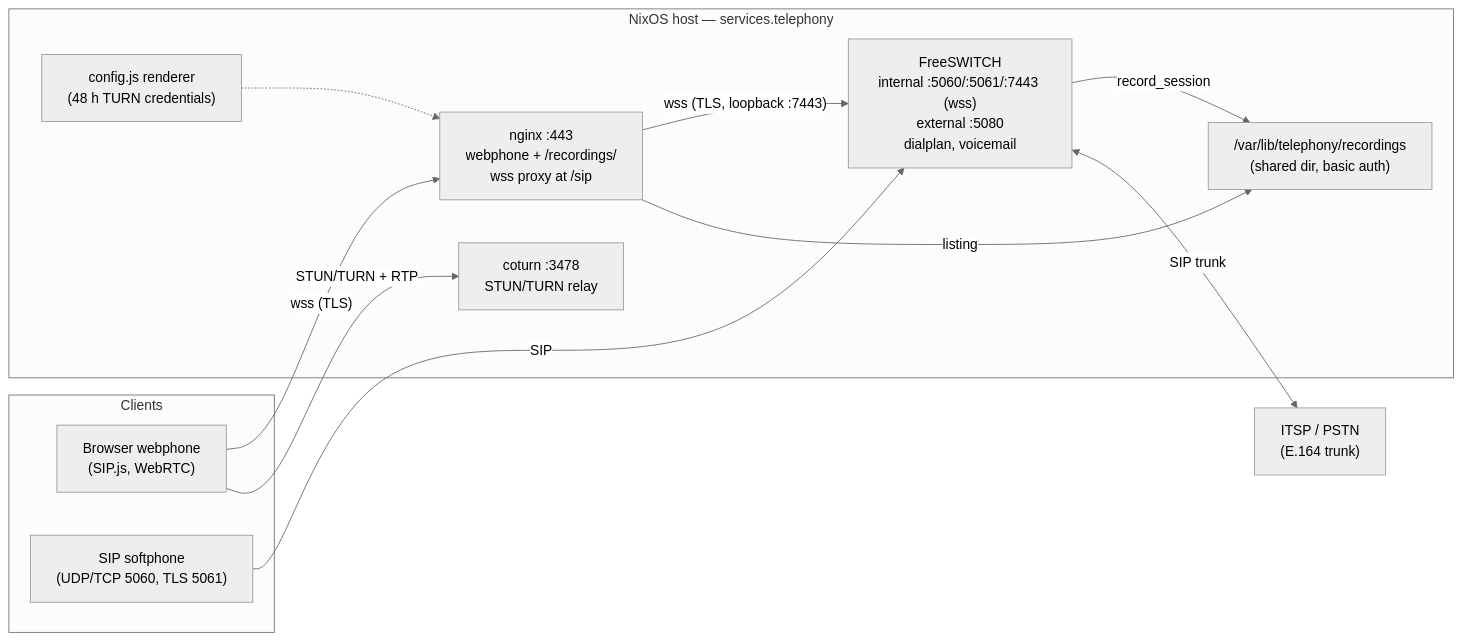
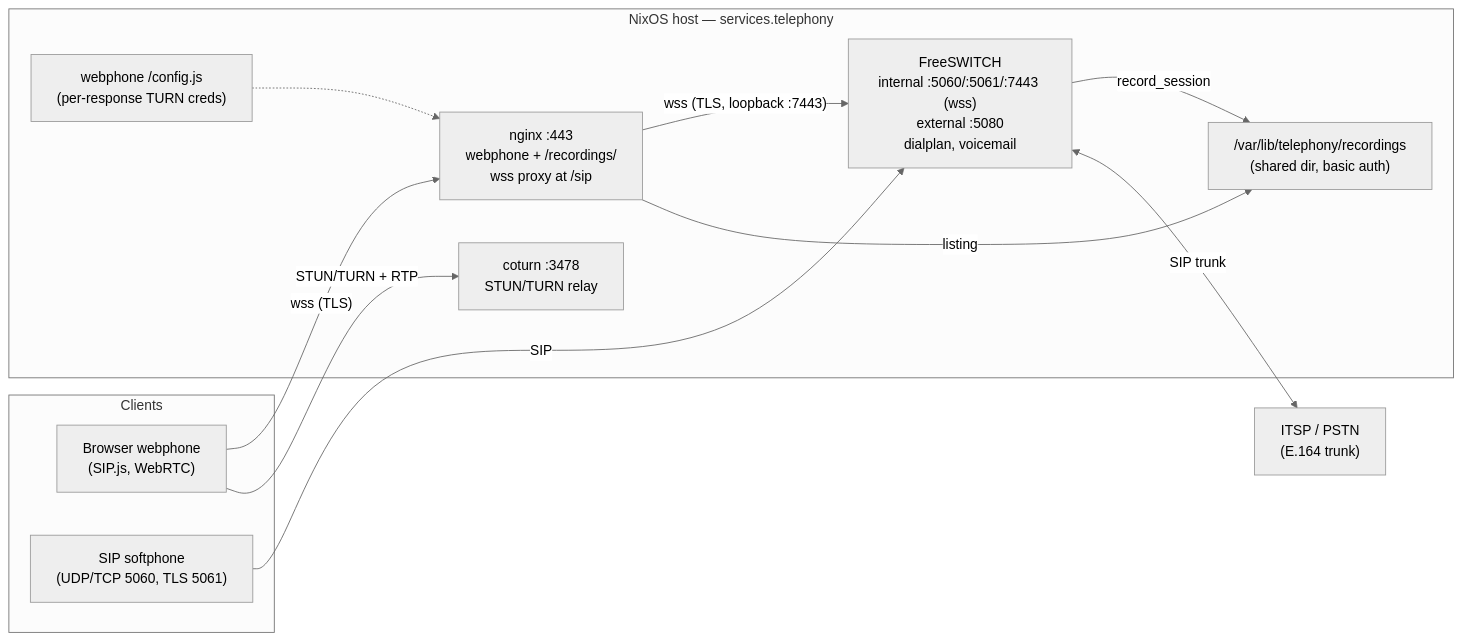
One commit to LarsArtmann/nix-international-telephony changed the diagram in README.md. Above: the diagram before and after it, drawn with Mermaid (neutral theme). The commit also changed other lines of this file and 5 other files, not shown here.

````diff
--- a/README.md
+++ b/README.md
@@ -18,26 +18,26 @@
 ```mermaid
 flowchart LR
     subgraph clients["Clients"]
         phone["Browser webphone<br/>(SIP.js, WebRTC)"]
         soft["SIP softphone<br/>(UDP/TCP 5060, TLS 5061)"]
     end
 
     subgraph host["NixOS host — services.telephony"]
         nginx["nginx :443<br/>webphone + /recordings/<br/>wss proxy at /sip"]
         sofia["FreeSWITCH<br/>internal :5060/:5061/:7443 (wss)<br/>external :5080<br/>dialplan, voicemail"]
         turn["coturn :3478<br/>STUN/TURN relay"]
-        cfg["config.js renderer<br/>(48 h TURN credentials)"]
+        cfg["webphone /config.js<br/>(per-response TURN creds)"]
         rec["/var/lib/telephony/recordings<br/>(shared dir, basic auth)"]
     end
 
     itsp["ITSP / PSTN<br/>(E.164 trunk)"]
 
     phone -- "wss (TLS)" --> nginx
     nginx -- "wss (TLS, loopback :7443)" --> sofia
     soft -- "SIP" --> sofia
     phone -- "STUN/TURN + RTP" --> turn
     cfg -.-> nginx
     sofia -- "record_session" --> rec
     nginx -- "listing" --> rec
     sofia <-- "SIP trunk" --> itsp
 ```
````
